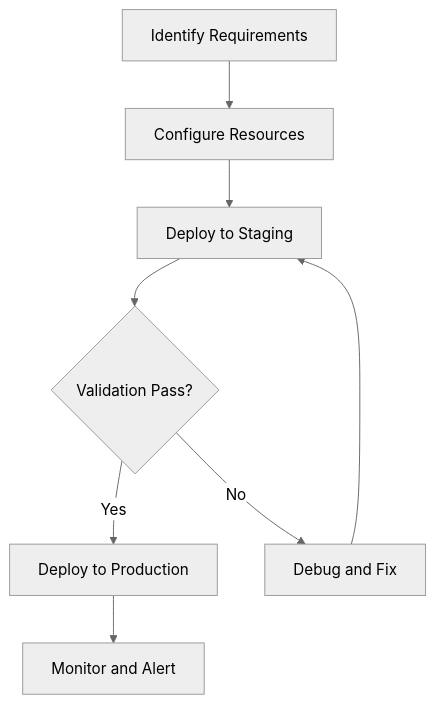
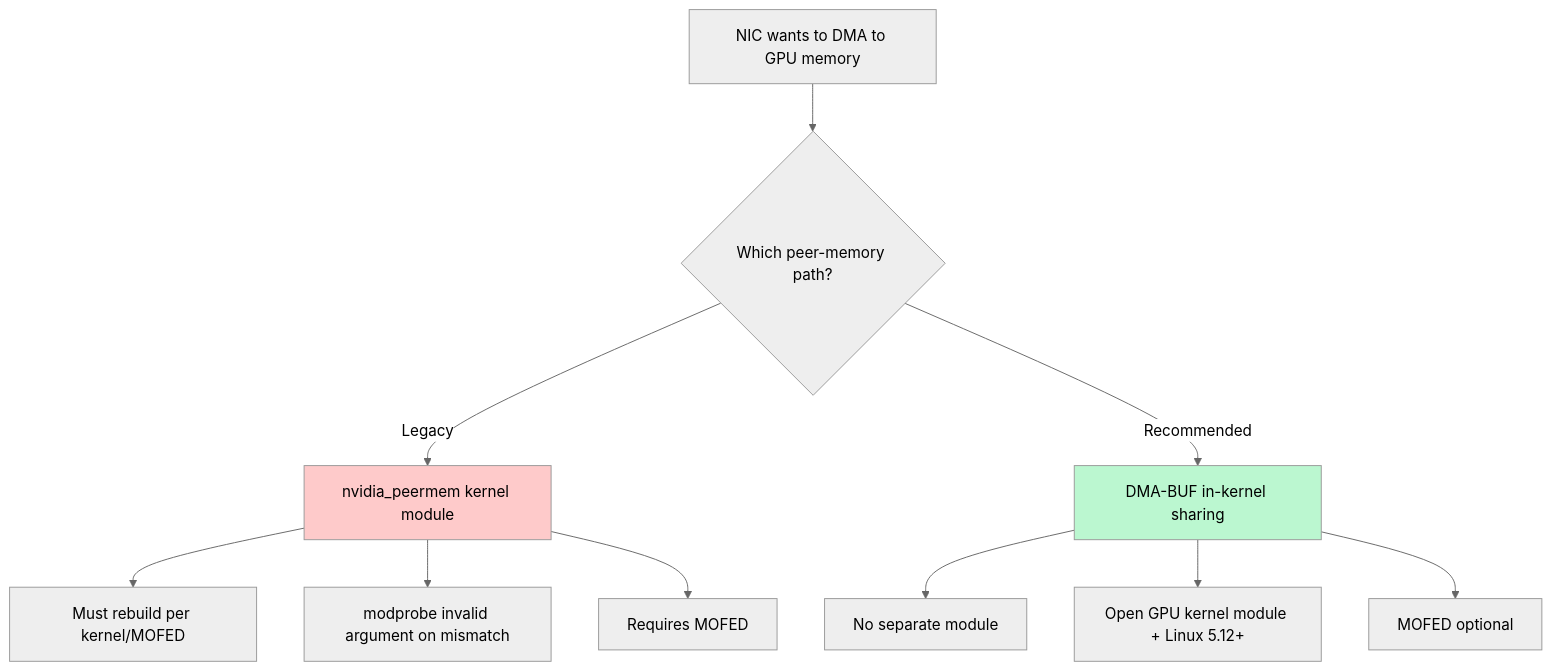
Before and after one commit to greg4fun/kubernetesrecipes.github.io: the diagram in src/content/recipes/nvidia-peermem-gpudirect-rdma-k8s.md, drawn with Mermaid (neutral theme). The commit also changed other lines of this file and 155 other files, not shown here.

````diff
--- a/src/content/recipes/nvidia-peermem-gpudirect-rdma-k8s.md
+++ b/src/content/recipes/nvidia-peermem-gpudirect-rdma-k8s.md
@@ -75,10 +35,14 @@
 ```mermaid
 graph TD
-    A[Identify Requirements] --> B[Configure Resources]
-    B --> C[Deploy to Staging]
-    C --> D{Validation Pass?}
-    D -->|Yes| E[Deploy to Production]
-    D -->|No| F[Debug and Fix]
-    F --> C
-    E --> G[Monitor and Alert]
+    A[NIC wants to DMA to GPU memory] --> B{Which peer-memory path?}
+    B -->|Legacy| C[nvidia_peermem kernel module]
+    C --> C1[Must rebuild per kernel/MOFED]
+    C --> C2[modprobe invalid argument on mismatch]
+    C --> C3[Requires MOFED]
+    B -->|Recommended| D[DMA-BUF in-kernel sharing]
+    D --> D1[No separate module]
+    D --> D2[Open GPU kernel module + Linux 5.12+]
+    D --> D3[MOFED optional]
+    style C fill:#fecaca
+    style D fill:#bbf7d0
 ```
````
